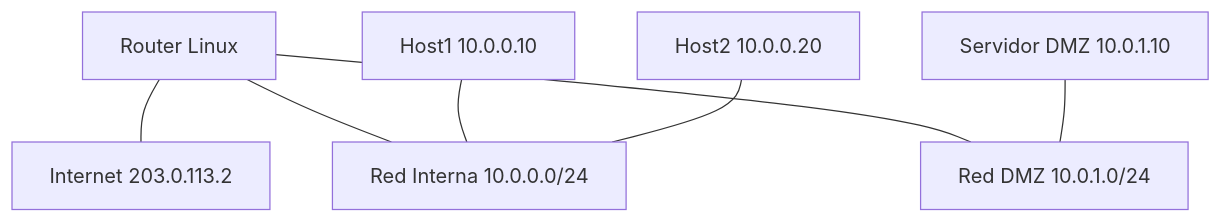
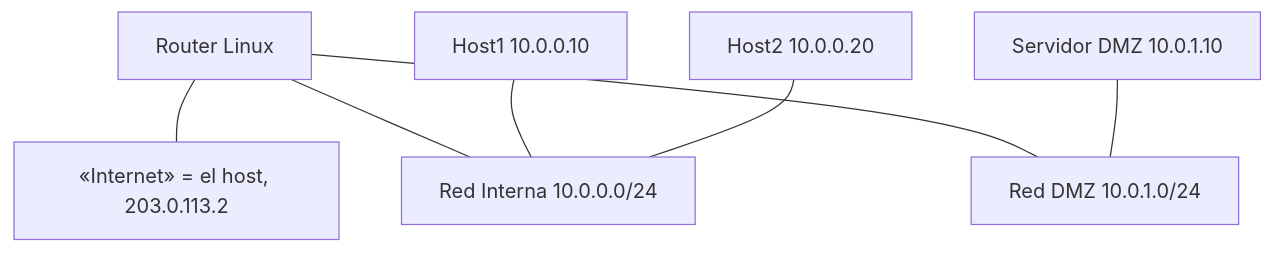
Before and after one commit to asideloko/Networking-Lab: the diagram in docs/labs/lab-14/index.md, drawn with Mermaid. The commit also changed other lines of this file and 18 other files, not shown here.

````diff
--- a/docs/labs/lab-14/index.md
+++ b/docs/labs/lab-14/index.md
@@ -14,16 +14,16 @@
 ```mermaid
 graph TB
     R[Router Linux]
-    WAN[Internet 203.0.113.2]
+    WAN["«Internet» = el host, 203.0.113.2"]
     LAN1[Red Interna 10.0.0.0/24]
     LAN2[Red DMZ 10.0.1.0/24]
     H1[Host1 10.0.0.10]
     H2[Host2 10.0.0.20]
     S1[Servidor DMZ 10.0.1.10]
     R --- WAN
     R --- LAN1
     R --- LAN2
     H1 --- LAN1
     H2 --- LAN1
     S1 --- LAN2
 ```
````
